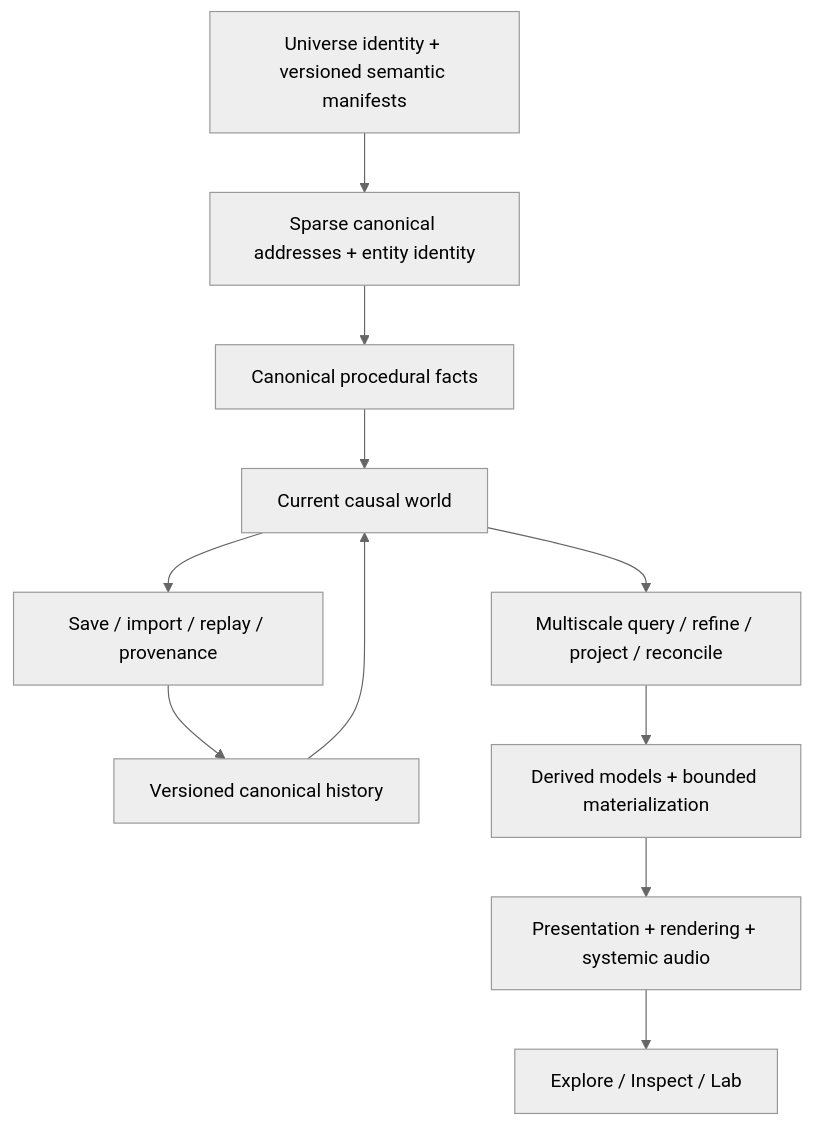
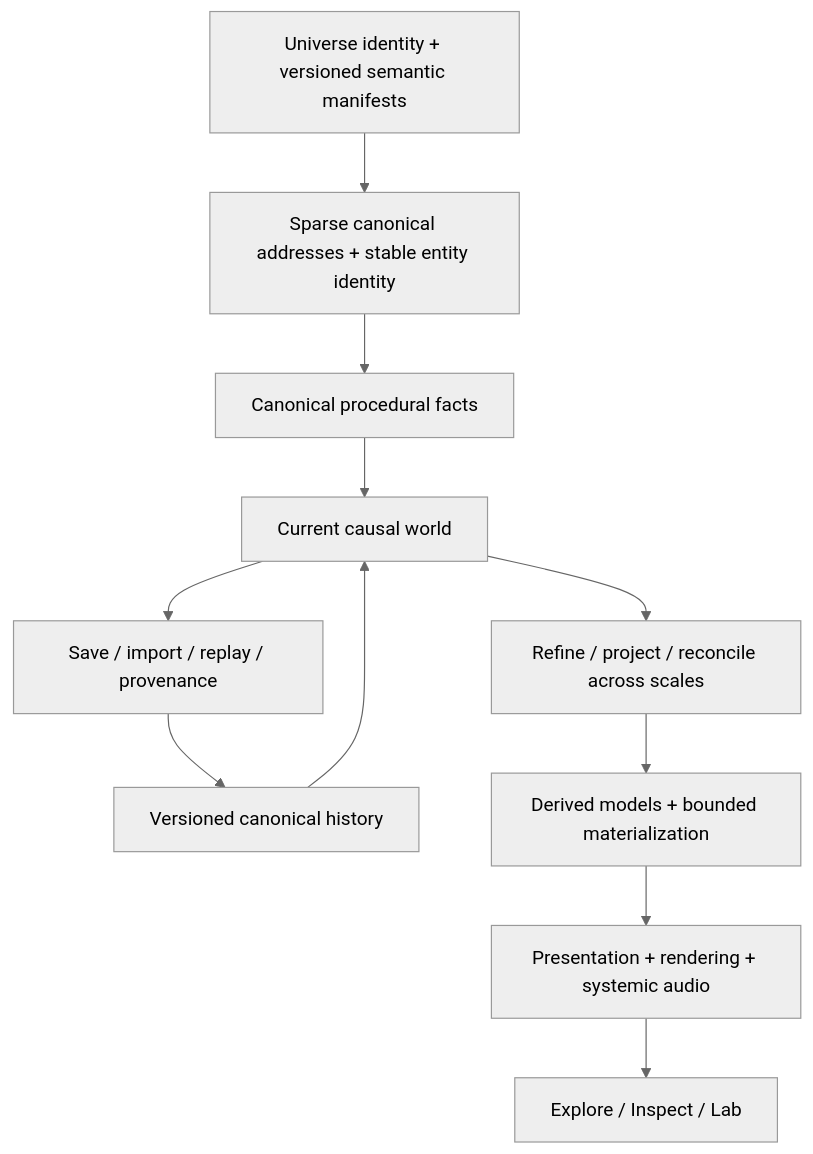
Before and after one commit to VaX1989/One_File_Universe: the first of 2 diagrams in README.md, drawn with Mermaid (neutral theme). The commit also changed other lines of this file, not shown here.

````diff
--- a/README.md
+++ b/README.md
@@ -100,24 +98,24 @@
 ```mermaid
 flowchart TD
     U["Universe identity + versioned semantic manifests"]
-    A["Sparse canonical addresses + entity identity"]
+    A["Sparse canonical addresses + stable entity identity"]
     C["Canonical procedural facts"]
     H["Versioned canonical history"]
     W["Current causal world"]
-    Q["Multiscale query / refine / project / reconcile"]
+    Q["Refine / project / reconcile across scales"]
     M["Derived models + bounded materialization"]
     P["Presentation + rendering + systemic audio"]
     X["Explore / Inspect / Lab"]
     S["Save / import / replay / provenance"]
 
     U --> A
     A --> C
     C --> W
     H --> W
     W --> Q
     Q --> M
     M --> P
     P --> X
     W --> S
     S --> H
 ```
````
